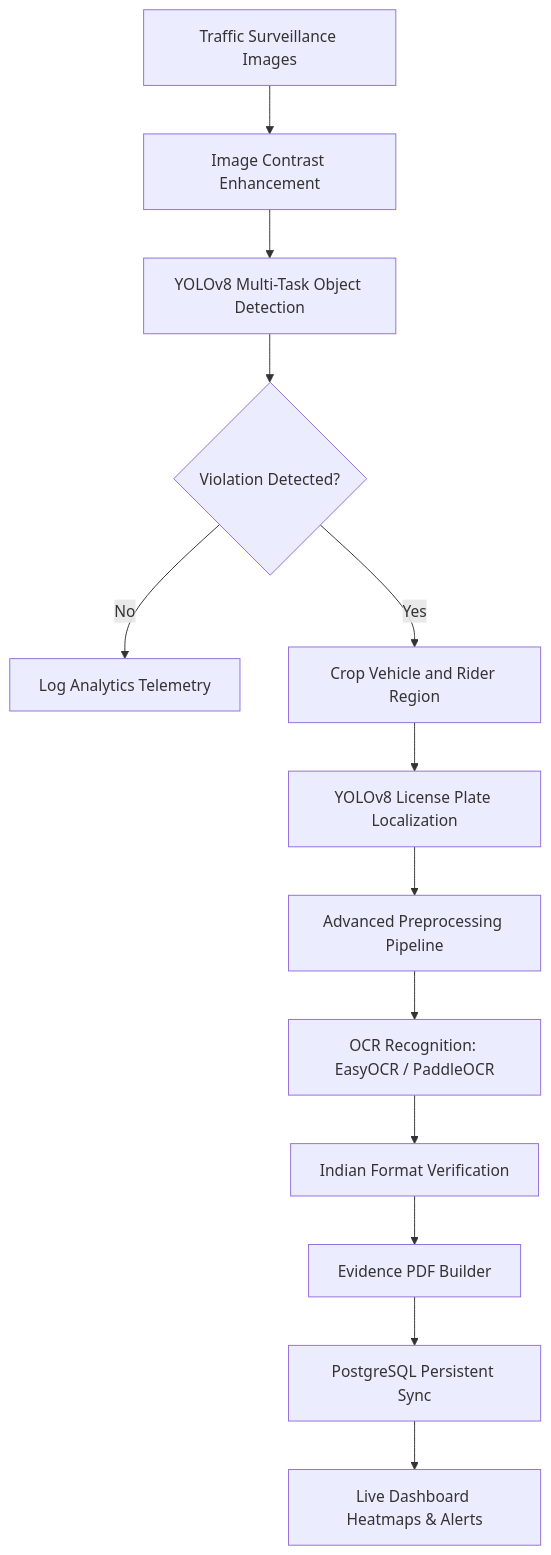
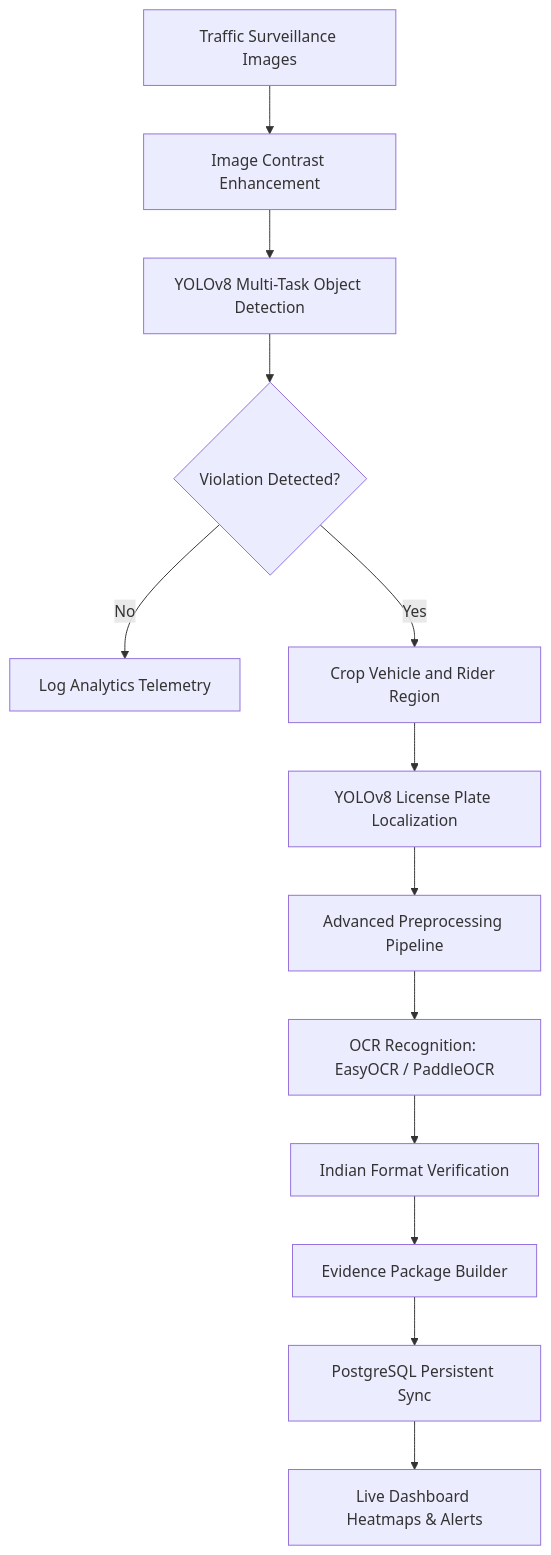
The diagram in README.md (Shivakumar-09/flipkart-grid-level-2), drawn with Mermaid before and after one commit. The commit also changed other lines of this file and 2 other files, not shown here.

````diff
--- a/README.md
+++ b/README.md
@@ -51,15 +50,15 @@
 ```mermaid
 graph TD
     A[Traffic Surveillance Images] --> B[Image Contrast Enhancement]
     B --> C[YOLOv8 Multi-Task Object Detection]
     C --> D{Violation Detected?}
     D -- No --> E[Log Analytics Telemetry]
     D -- Yes --> F[Crop Vehicle and Rider Region]
     F --> G[YOLOv8 License Plate Localization]
     G --> H[Advanced Preprocessing Pipeline]
     H --> I[OCR Recognition: EasyOCR / PaddleOCR]
     I --> J[Indian Format Verification]
-    J --> K[Evidence PDF Builder]
+    J --> K[Evidence Package Builder]
     K --> L[PostgreSQL Persistent Sync]
     L --> M[Live Dashboard Heatmaps & Alerts]
 ```
````
